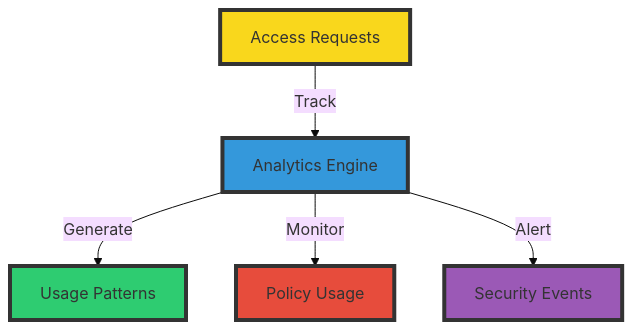
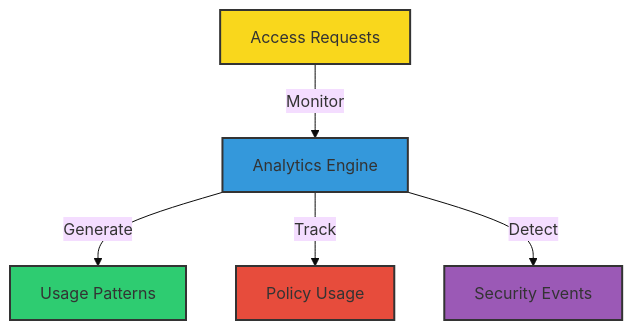
Before and after one commit to kubiyabot/terraform-modules: the fifth of 5 diagrams in jit-permissions-guardians/terraform/README.md, drawn with Mermaid (base theme). The commit also changed other lines of this file, not shown here.

````diff
--- a/jit-permissions-guardians/terraform/README.md
+++ b/jit-permissions-guardians/terraform/README.md
@@ -153,13 +104,25 @@
 ```mermaid
-graph TD
-    A[Access Requests] -->|Track| B[Analytics Engine]
-    B -->|Generate| C[Usage Patterns]
-    B -->|Monitor| D[Policy Usage]
-    B -->|Alert| E[Security Events]
-    
-    style A fill:#f9d71c,stroke:#333,stroke-width:4px
-    style B fill:#3498db,stroke:#333,stroke-width:4px
-    style C fill:#2ecc71,stroke:#333,stroke-width:4px
-    style D fill:#e74c3c,stroke:#333,stroke-width:4px
-    style E fill:#9b59b6,stroke:#333,stroke-width:4px
+flowchart TD
+    Requests[Access Requests]
+    Analytics[Analytics Engine]
+    Patterns[Usage Patterns]
+    Usage[Policy Usage]
+    Security[Security Events]
+
+    Requests -->|Monitor| Analytics
+    Analytics -->|Generate| Patterns
+    Analytics -->|Track| Usage
+    Analytics -->|Detect| Security
+
+    classDef requests fill:#f9d71c,stroke:#333,stroke-width:2px
+    classDef analytics fill:#3498db,stroke:#333,stroke-width:2px
+    classDef patterns fill:#2ecc71,stroke:#333,stroke-width:2px
+    classDef usage fill:#e74c3c,stroke:#333,stroke-width:2px
+    classDef security fill:#9b59b6,stroke:#333,stroke-width:2px
+
+    class Requests requests
+    class Analytics analytics
+    class Patterns patterns
+    class Usage usage
+    class Security security
 ```
````
